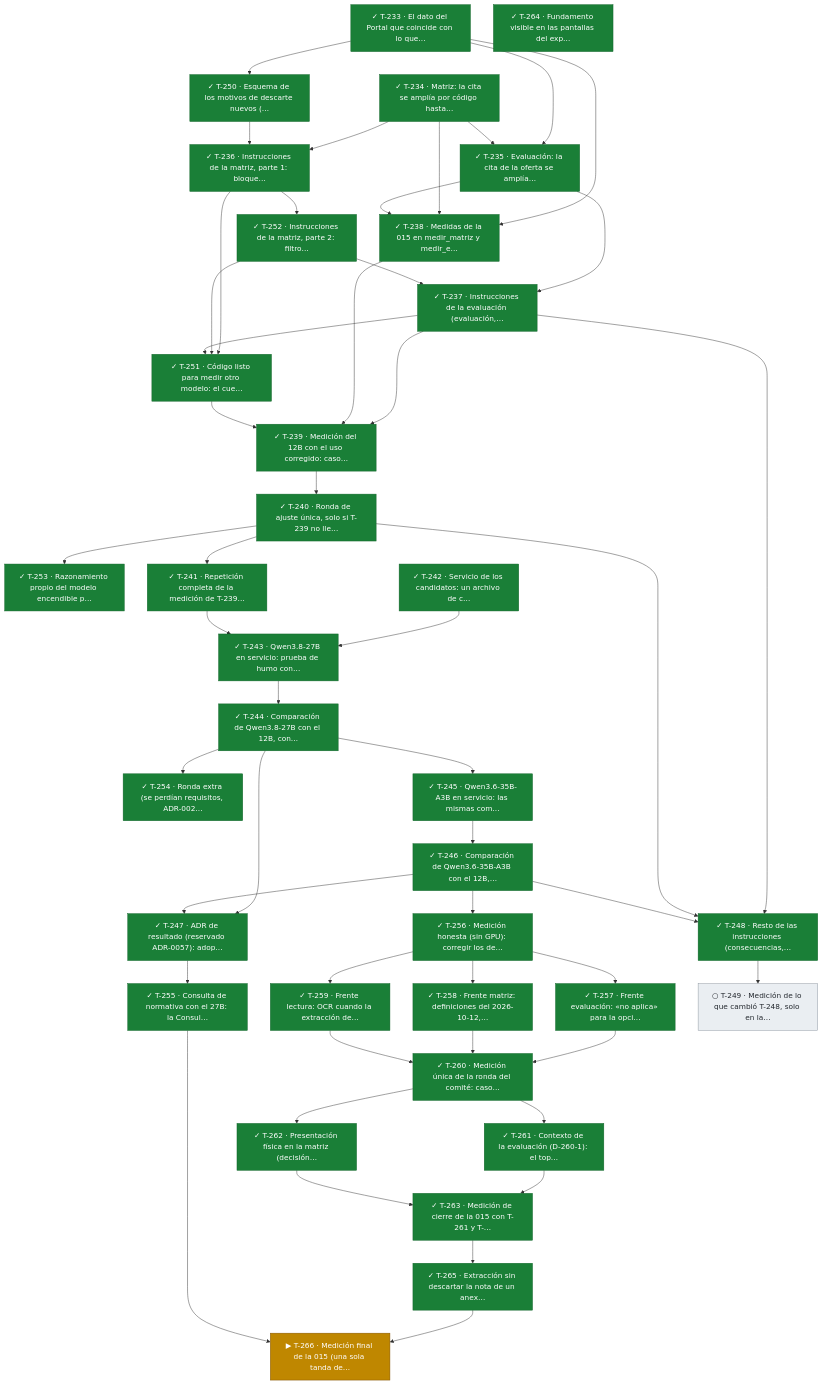
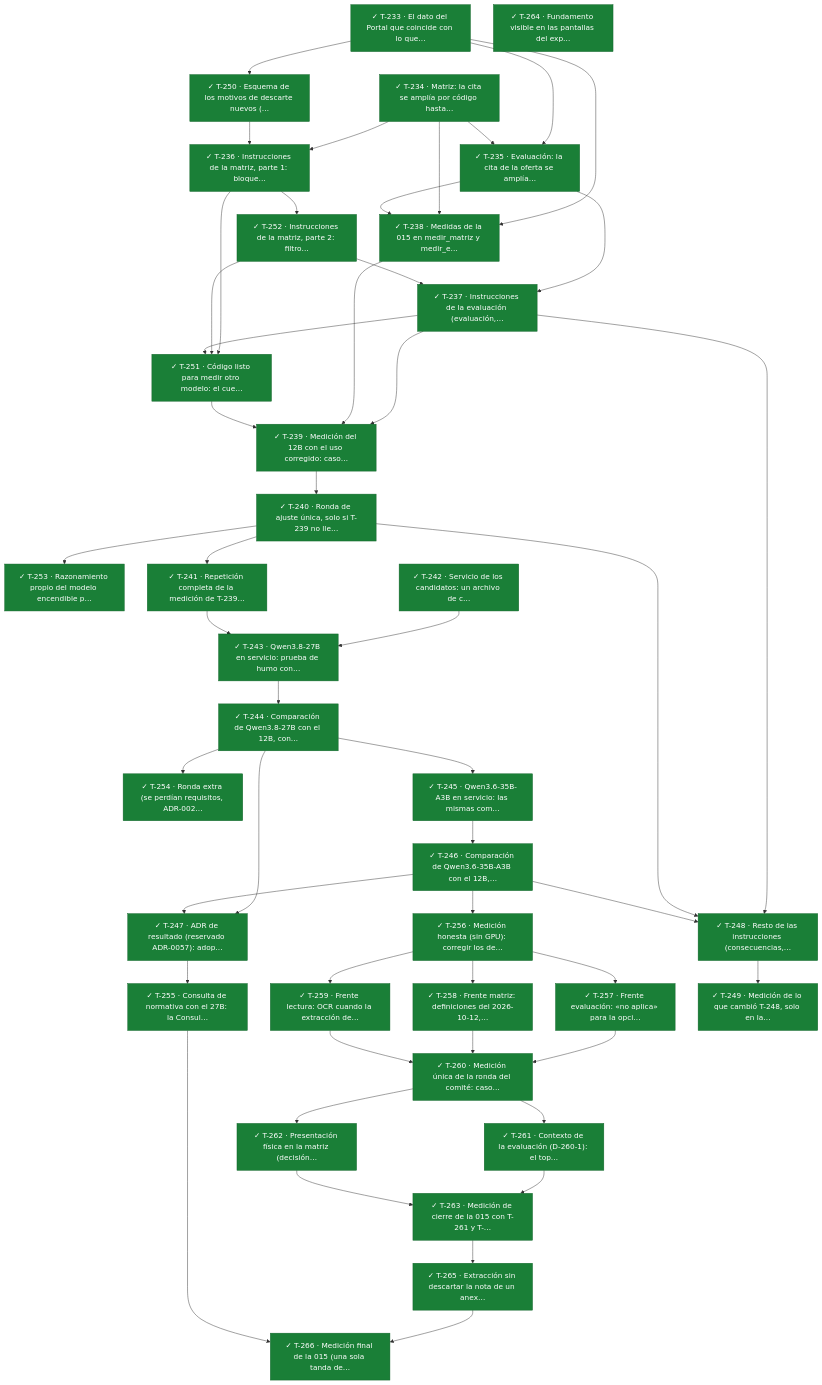
Before and after one commit to snavello/EVALUON: diagram 17 of 17 in docs/tablero.md, drawn with Mermaid. The commit also changed other lines of this file and 3 other files, not shown here.

Commit message:
gestión: T-266 y T-249 terminadas (medición final de la 015), la Consulta pasa al 27B y lista de revisión al día

```diff
--- a/docs/tablero.md
+++ b/docs/tablero.md
@@ -1357,7 +1357,7 @@
   T263["✓ T-263 · Medición de cierre de la 015 con T-261 y T-…"]:::done
   T264["✓ T-264 · Fundamento visible en las pantallas del exp…"]:::done
   T265["✓ T-265 · Extracción sin descartar la nota de un anex…"]:::done
-  T266["▶ T-266 · Medición final de la 015 (una sola tanda de…"]:::active
+  T266["✓ T-266 · Medición final de la 015 (una sola tanda de…"]:::done
   T237["✓ T-237 · Instrucciones de la evaluación (evaluación,…"]:::done
   T251["✓ T-251 · Código listo para medir otro modelo: el cue…"]:::done
   T238["✓ T-238 · Medidas de la 015 en medir_matriz y medir_e…"]:::done
@@ -1371,7 +1371,7 @@
   T246["✓ T-246 · Comparación de Qwen3.6-35B-A3B con el 12B,…"]:::done
   T247["✓ T-247 · ADR de resultado (reservado ADR-0057): adop…"]:::done
   T248["✓ T-248 · Resto de las instrucciones (consecuencias,…"]:::done
-  T249["○ T-249 · Medición de lo que cambió T-248, solo en la…"]:::todo
+  T249["✓ T-249 · Medición de lo que cambió T-248, solo en la…"]:::done
   T233 --> T250
   T233 --> T235
   T234 --> T235
```
